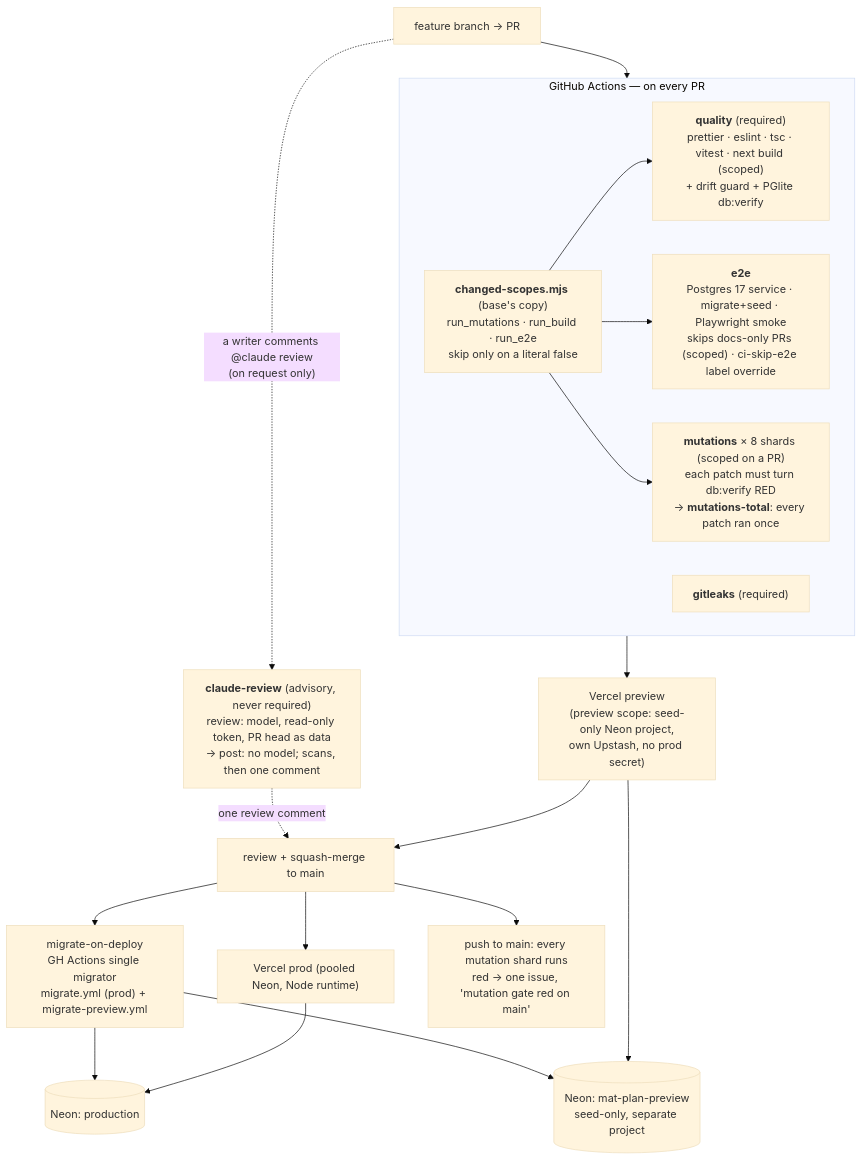
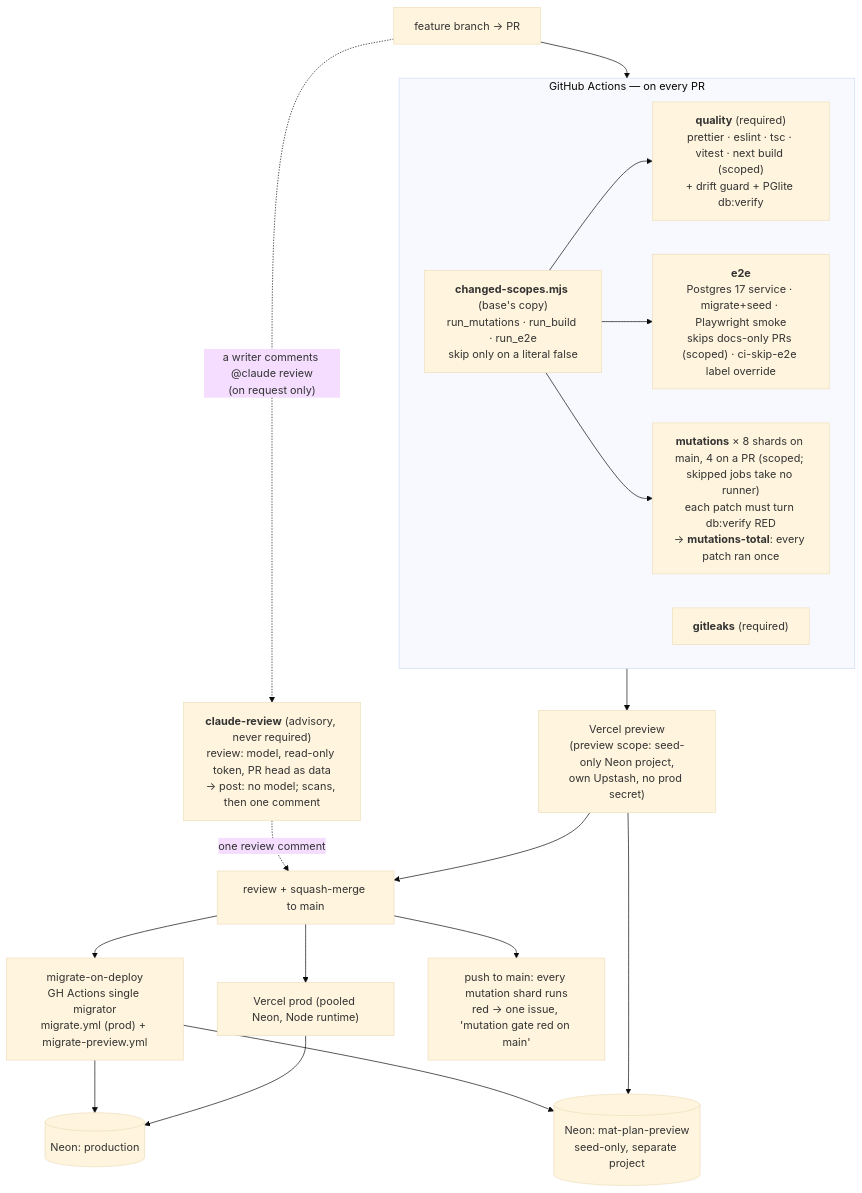
Before and after one commit to ralamode/mat-plan: diagram 17 of 21 in docs/architecture.md, drawn with Mermaid (base theme). The commit also changed 3 other files, not shown here.

First line of the commit message:
ci(dx-18): pull requests that cannot affect the mutation proof take no runner for it (#700)

````diff
--- a/docs/architecture.md
+++ b/docs/architecture.md
@@ -844,25 +844,25 @@
 ```mermaid
 flowchart TB
   DEV["feature branch → PR"] --> CI
   subgraph CI["GitHub Actions — on every PR"]
     S["<b>changed-scopes.mjs</b> (base's copy)<br/>run_mutations · run_build · run_e2e<br/>skip only on a literal false"]
     Q["<b>quality</b> (required)<br/>prettier · eslint · tsc · vitest · next build (scoped)<br/>+ drift guard + PGlite db:verify"]
     E["<b>e2e</b><br/>Postgres 17 service · migrate+seed · Playwright smoke<br/>skips docs-only PRs (scoped) · ci-skip-e2e label override"]
-    M["<b>mutations</b> × 8 shards (scoped on a PR)<br/>each patch must turn db:verify RED<br/>→ <b>mutations-total</b>: every patch ran once"]
+    M["<b>mutations</b> × 8 shards on main, 4 on a PR (scoped; skipped jobs take no runner)<br/>each patch must turn db:verify RED<br/>→ <b>mutations-total</b>: every patch ran once"]
     S --> Q
     S --> E
     S --> M
     G["<b>gitleaks</b> (required)"]
   end
   CI --> PREV["Vercel preview<br/>(preview scope: seed-only Neon project,<br/>own Upstash, no prod secret)"]
   DEV -. "a writer comments @claude review<br/>(on request only)" .-> CR["<b>claude-review</b> (advisory, never required)<br/>review: model, read-only token, PR head as data<br/>→ post: no model; scans, then one comment"]
   CR -. "one review comment" .-> REV
   PREV --> REV["review + squash-merge to main"]
   REV --> MIG["migrate-on-deploy<br/>GH Actions single migrator<br/>migrate.yml (prod) + migrate-preview.yml"]
   REV --> PROD["Vercel prod (pooled Neon, Node runtime)"]
   REV --> MAIN["push to main: every mutation shard runs<br/>red → one issue, 'mutation gate red on main'"]
   MIG --> NEON[("Neon: production")]
   MIG --> NEONP[("Neon: mat-plan-preview<br/>seed-only, separate project")]
   PROD --> NEON
   PREV --> NEONP
 ```
````
